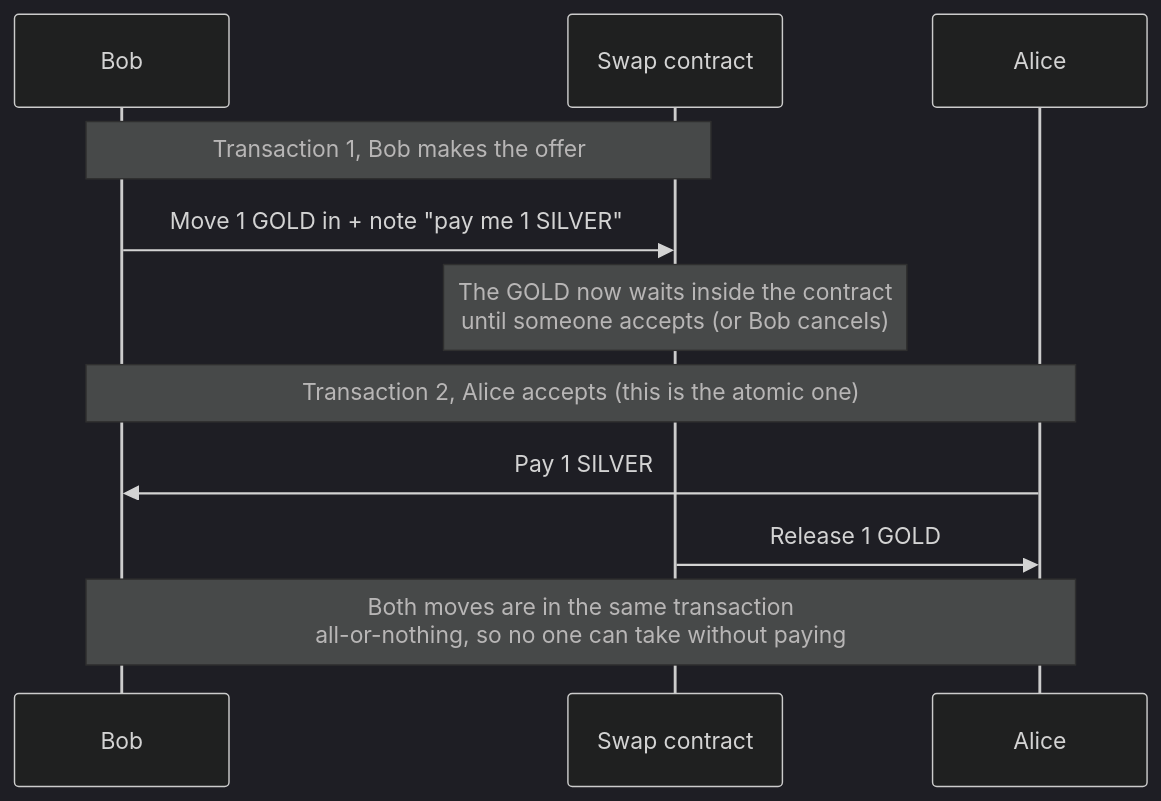
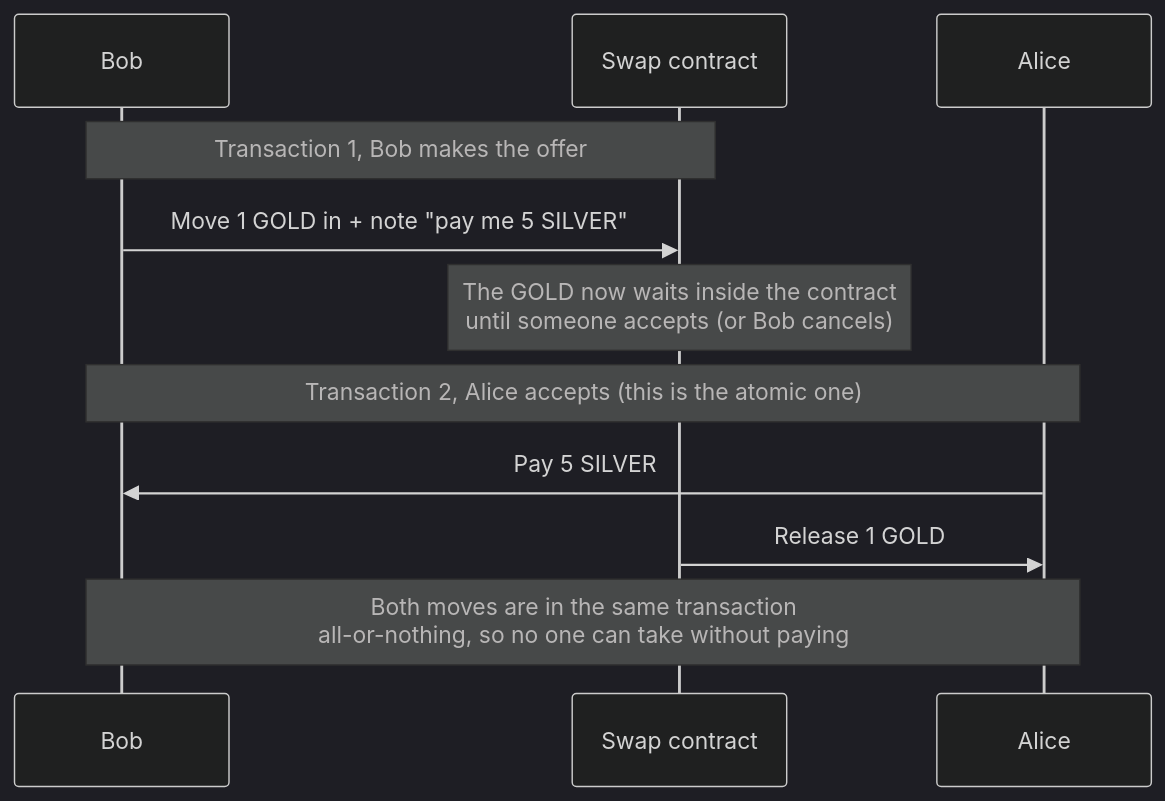
The diagram in docs/developers/onboarding/tutorial/overview.md (cardano-foundation/developer-portal), drawn with Mermaid (dark theme) before and after one commit. The commit also changed other lines of this file and 5 other files, not shown here.

Commit message:
Change the tutorial swap to 1 GOLD for 5 SILVER (review feedback)

````diff
--- a/docs/developers/onboarding/tutorial/overview.md
+++ b/docs/developers/onboarding/tutorial/overview.md
@@ -37,16 +37,16 @@
 ```mermaid
 sequenceDiagram
     participant Bob
     participant Contract as Swap contract
     participant Alice
 
     Note over Bob,Contract: Transaction 1, Bob makes the offer
-    Bob->>Contract: Move 1 GOLD in + note "pay me 1 SILVER"
+    Bob->>Contract: Move 1 GOLD in + note "pay me 5 SILVER"
 
     Note over Contract: The GOLD now waits inside the contract<br/>until someone accepts (or Bob cancels)
 
     Note over Bob,Alice: Transaction 2, Alice accepts (this is the atomic one)
-    Alice->>Bob: Pay 1 SILVER
+    Alice->>Bob: Pay 5 SILVER
     Contract->>Alice: Release 1 GOLD
     Note over Bob,Alice: Both moves are in the same transaction <br/>all-or-nothing, so no one can take without paying
 ```
````
